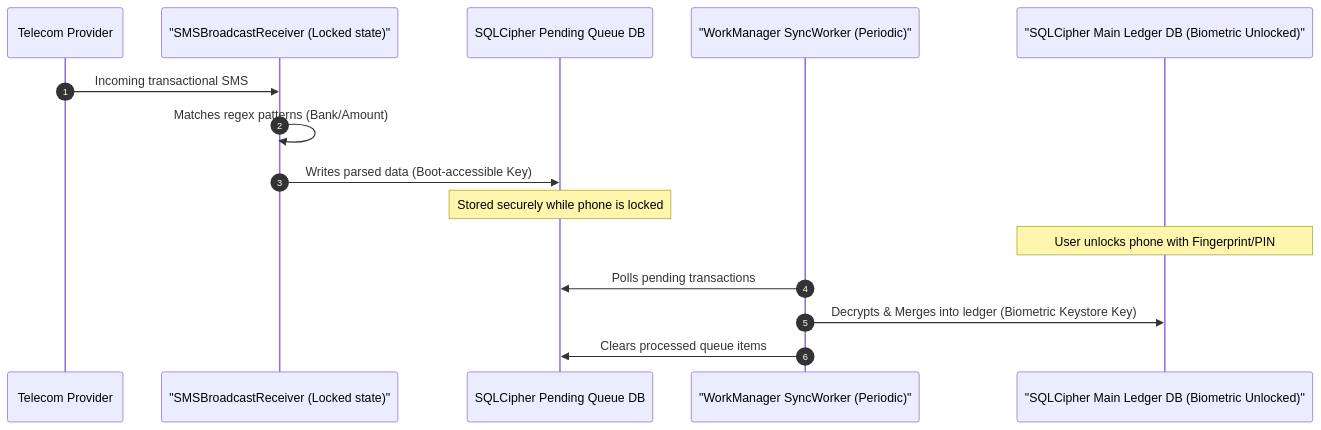
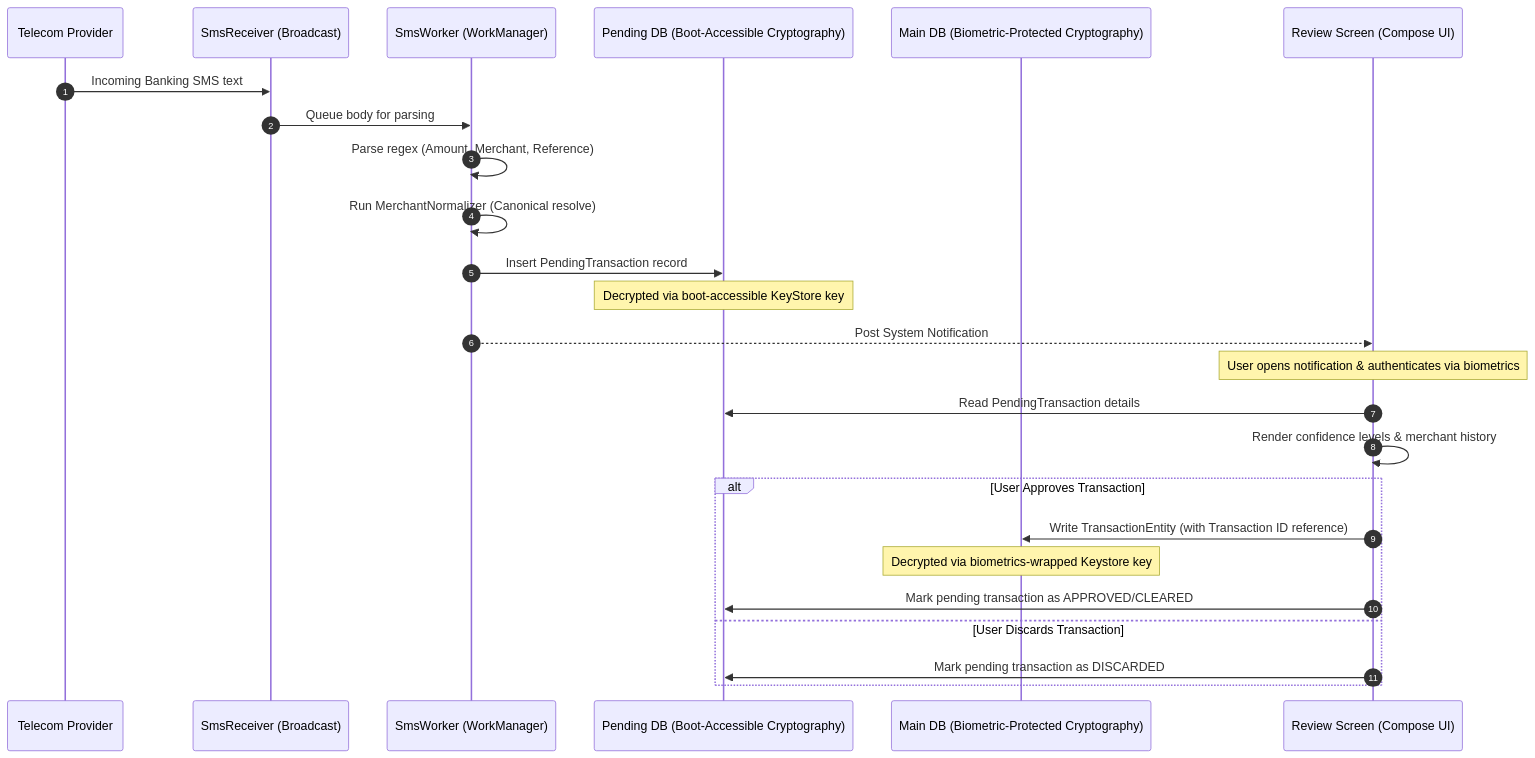
One commit to swaroop-rayker/LedgerFlow changed the second of 4 diagrams in README.md. Above: the diagram before and after it, drawn with Mermaid. The commit also changed other lines of this file and 1 other file, not shown here.

````diff
--- a/README.md
+++ b/README.md
@@ -80,19 +99,30 @@
 ```mermaid
 sequenceDiagram
     autonumber
     participant Tel as Telecom Provider
-    participant Receiver as "SMSBroadcastReceiver (Locked state)"
-    participant QueueDB as SQLCipher Pending Queue DB
-    participant SyncWorker as "WorkManager SyncWorker (Periodic)"
-    participant MainDB as "SQLCipher Main Ledger DB (Biometric Unlocked)"
+    participant SmsRec as SmsReceiver (Broadcast)
+    participant SmsWork as SmsWorker (WorkManager)
+    participant PendingDB as Pending DB (Boot-Accessible Cryptography)
+    participant MainDB as Main DB (Biometric-Protected Cryptography)
+    participant ReviewUI as Review Screen (Compose UI)
+
+    Tel->>SmsRec: Incoming Banking SMS text
+    SmsRec->>SmsWork: Queue body for parsing
+    SmsWork->>SmsWork: Parse regex (Amount, Merchant, Reference)
+    SmsWork->>SmsWork: Run MerchantNormalizer (Canonical resolve)
+    SmsWork->>PendingDB: Insert PendingTransaction record
+    Note over PendingDB: Decrypted via boot-accessible KeyStore key
+    SmsWork-->>ReviewUI: Post System Notification
     
-    Tel->>Receiver: Incoming transactional SMS
-    Receiver->>Receiver: Matches regex patterns (Bank/Amount)
-    Receiver->>QueueDB: Writes parsed data (Boot-accessible Key)
-    Note over QueueDB: Stored securely while phone is locked
+    Note over ReviewUI: User opens notification & authenticates via biometrics
+    ReviewUI->>PendingDB: Read PendingTransaction details
+    ReviewUI->>ReviewUI: Render confidence levels & merchant history
     
-    Note over MainDB: User unlocks phone with Fingerprint/PIN
-    SyncWorker->>QueueDB: Polls pending transactions
-    SyncWorker->>MainDB: Decrypts & Merges into ledger (Biometric Keystore Key)
-    SyncWorker->>QueueDB: Clears processed queue items
+    alt User Approves Transaction
+        ReviewUI->>MainDB: Write TransactionEntity (with Transaction ID reference)
+        Note over MainDB: Decrypted via biometrics-wrapped Keystore key
+        ReviewUI->>PendingDB: Mark pending transaction as APPROVED/CLEARED
+    else User Discards Transaction
+        ReviewUI->>PendingDB: Mark pending transaction as DISCARDED
+    end
 ```
````
